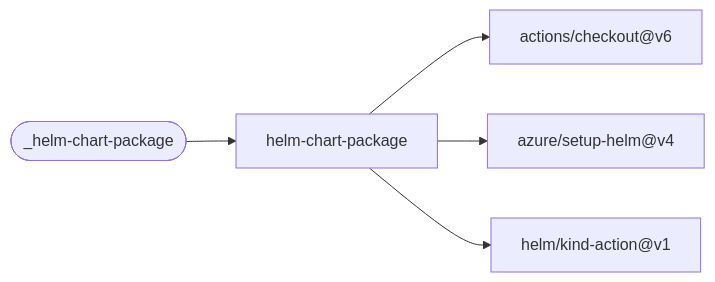
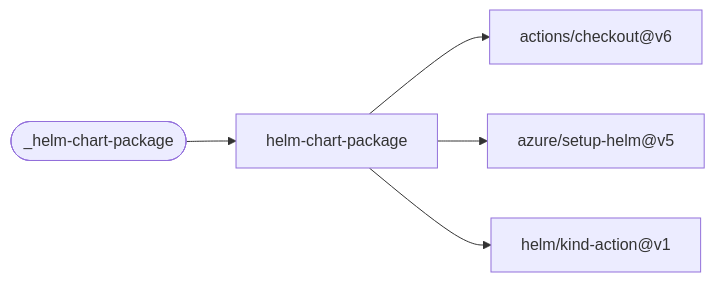
Before and after one commit to f2calv/gha-workflows: the fourth of 8 diagrams in README.md, drawn with Mermaid. The commit also changed 1 other file, not shown here.

Commit message:
bump setup-helm action ver

````diff
--- a/README.md
+++ b/README.md
@@ -89,8 +89,8 @@
 ```mermaid
 flowchart LR
     classDef f2calv fill:#dbeafe,stroke:#2563eb,color:#1e3a5f
     W(["_helm-chart-package"]) --> J["helm-chart-package"]
     J --> A1["actions/checkout@v6"]
-    J --> A2["azure/setup-helm@v4"]
+    J --> A2["azure/setup-helm@v5"]
     J --> A3["helm/kind-action@v1"]
 ```
````
